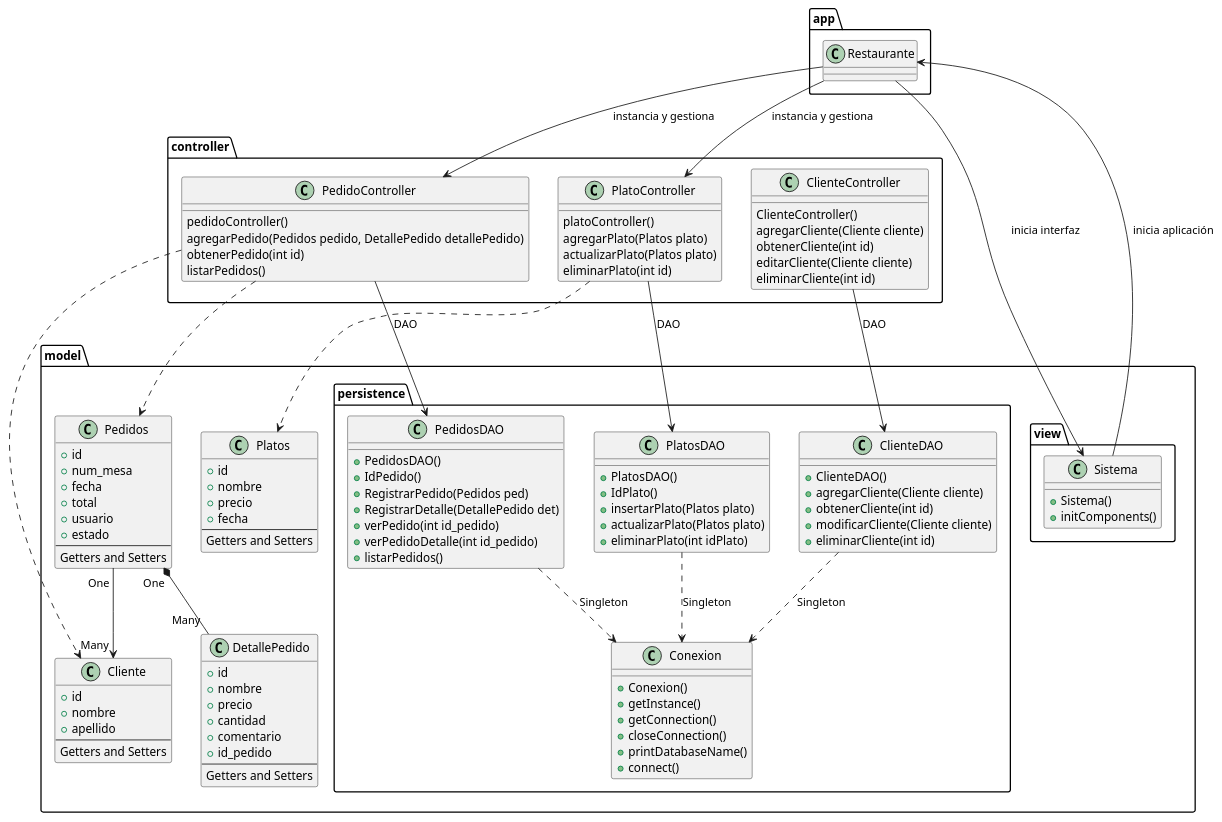
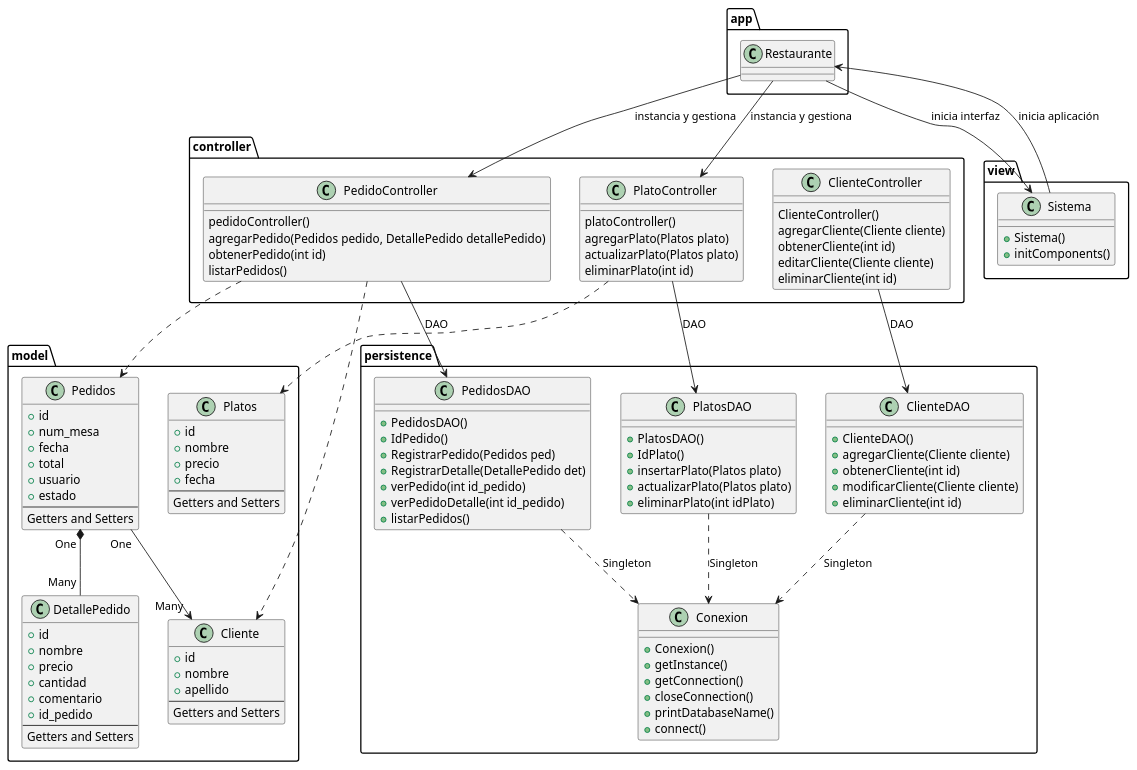
One commit to YoelSolca/RestauranteJava changed the diagram in Restaurante/diagramaUML.puml. Above: the diagram before and after it, drawn with PlantUML. The commit also changed 1 other file, not shown here.

Commit message:
Actualizacion del diagrama UML.

```diff
--- a/Restaurante/diagramaUML.puml
+++ b/Restaurante/diagramaUML.puml
@@ -1,129 +1,129 @@
 @startuml
 
 
 package app{
 class Restaurante
 }
 
 package controller{
     class PedidoController{
         pedidoController()
         agregarPedido(Pedidos pedido, DetallePedido detallePedido)
         obtenerPedido(int id)
         listarPedidos()
         }
 
     class PlatoController{
         platoController()
         agregarPlato(Platos plato)
         actualizarPlato(Platos plato)
         eliminarPlato(int id)
         }
     class ClienteController{
         ClienteController()
         agregarCliente(Cliente cliente)
         obtenerCliente(int id)
         editarCliente(Cliente cliente)
         eliminarCliente(int id)
         }
 }
 
 package model{
     class Cliente{
         + id
         + nombre
         + apellido
         ---
         Getters and Setters
     }
     class DetallePedido{
         + id
         + nombre
         + precio
         + cantidad
         + comentario
         + id_pedido
         ---
         Getters and Setters
     }
     class Pedidos{
         + id
         + num_mesa
         + fecha
         + total
         + usuario
         + estado
         ---
         Getters and Setters
     }
     class Platos{
         + id
         + nombre
         + precio
         + fecha
         ---
         Getters and Setters
     }
+}
 
-    package persistence{
+package persistence{
         class ClienteDAO{
             + ClienteDAO()
             + agregarCliente(Cliente cliente)
             + obtenerCliente(int id)
             + modificarCliente(Cliente cliente)
             + eliminarCliente(int id)
         }
         class Conexion{
             + Conexion()
             + getInstance()
             + getConnection()
             + closeConnection()
             + printDatabaseName()
             + connect()
         }
         class PedidosDAO{
             + PedidosDAO()
             + IdPedido()
             + RegistrarPedido(Pedidos ped)
             + RegistrarDetalle(DetallePedido det)
             + verPedido(int id_pedido)
             + verPedidoDetalle(int id_pedido)
             + listarPedidos()
         }
         class PlatosDAO{
             + PlatosDAO()
             + IdPlato()
             + insertarPlato(Platos plato)
             + actualizarPlato(Platos plato)
             + eliminarPlato(int idPlato)
         }
     }
 
     package view{
         class Sistema{
             + Sistema()
             + initComponents()
         }
     }
-}
 
 Pedidos " One " *-- " Many " DetallePedido
 Pedidos " One " --> " Many " Cliente
 PedidoController ..> Pedidos
 PedidoController --> PedidosDAO : DAO
 PedidoController ..> Cliente
 PlatoController ..> Platos
 PlatoController --> PlatosDAO : DAO
 ClienteController --> ClienteDAO : DAO
 ClienteDAO ..> Conexion :  Singleton
 PedidosDAO ..> Conexion :  Singleton
 PlatosDAO ..> Conexion : Singleton
 
 
 Restaurante --> PedidoController : instancia y gestiona
 Restaurante --> PlatoController : instancia y gestiona
 Restaurante --> Sistema : inicia interfaz
 
 Sistema --> Restaurante : inicia aplicación
 
 @enduml
```
